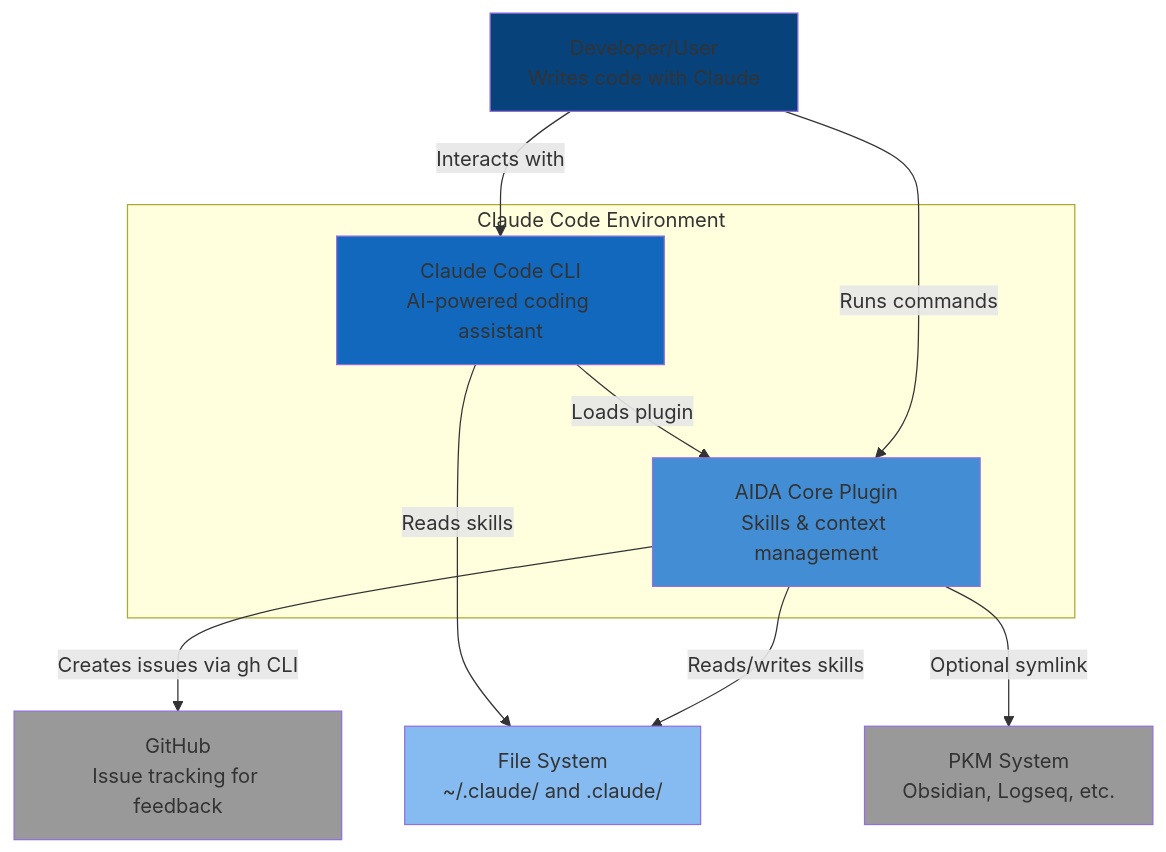
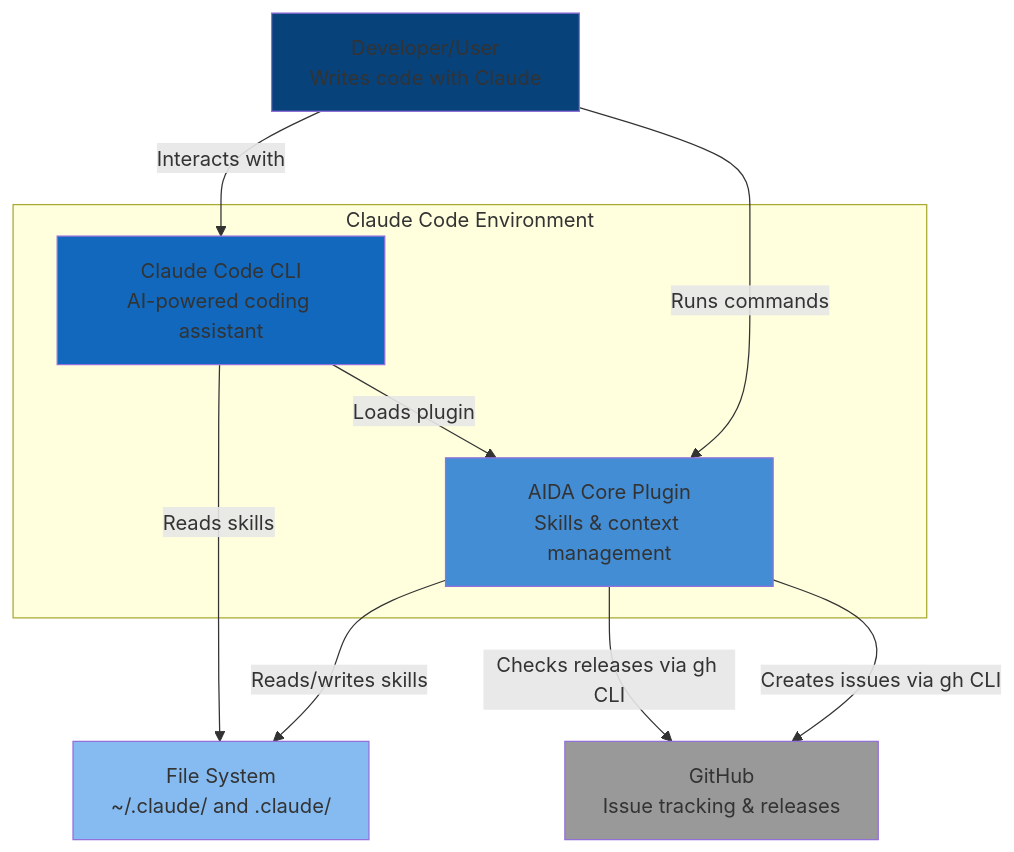
One commit to oakensoul/aida-core-plugin changed the diagram in docs/architecture/c4/context-diagram.md. Above: the diagram before and after it, drawn with Mermaid. The commit also changed other lines of this file and 49 other files, not shown here.

First line of the commit message:
chore: launch preparedness - security, docs, tests, architecture (#7) (#16)

````diff
--- a/docs/architecture/c4/context-diagram.md
+++ b/docs/architecture/c4/context-diagram.md
@@ -13,28 +13,26 @@
 ```mermaid
 graph TB
     User[Developer/User<br/>Writes code with Claude]
 
     subgraph "Claude Code Environment"
         Claude[Claude Code CLI<br/>AI-powered coding assistant]
         AIDA[AIDA Core Plugin<br/>Skills & context management]
     end
 
     FS[File System<br/>~/.claude/ and .claude/]
-    GitHub[GitHub<br/>Issue tracking for feedback]
-    PKM[PKM System<br/>Obsidian, Logseq, etc.]
+    GitHub[GitHub<br/>Issue tracking & releases]
 
     User -->|Interacts with| Claude
     User -->|Runs commands| AIDA
     Claude -->|Loads plugin| AIDA
     AIDA -->|Reads/writes skills| FS
     AIDA -->|Creates issues via gh CLI| GitHub
-    AIDA -->|Optional symlink| PKM
+    AIDA -->|Checks releases via gh CLI| GitHub
     Claude -->|Reads skills| FS
 
     style User fill:#08427b
     style Claude fill:#1168bd
     style AIDA fill:#438dd5
     style FS fill:#85bbf0
     style GitHub fill:#999
-    style PKM fill:#999
 ```
````
